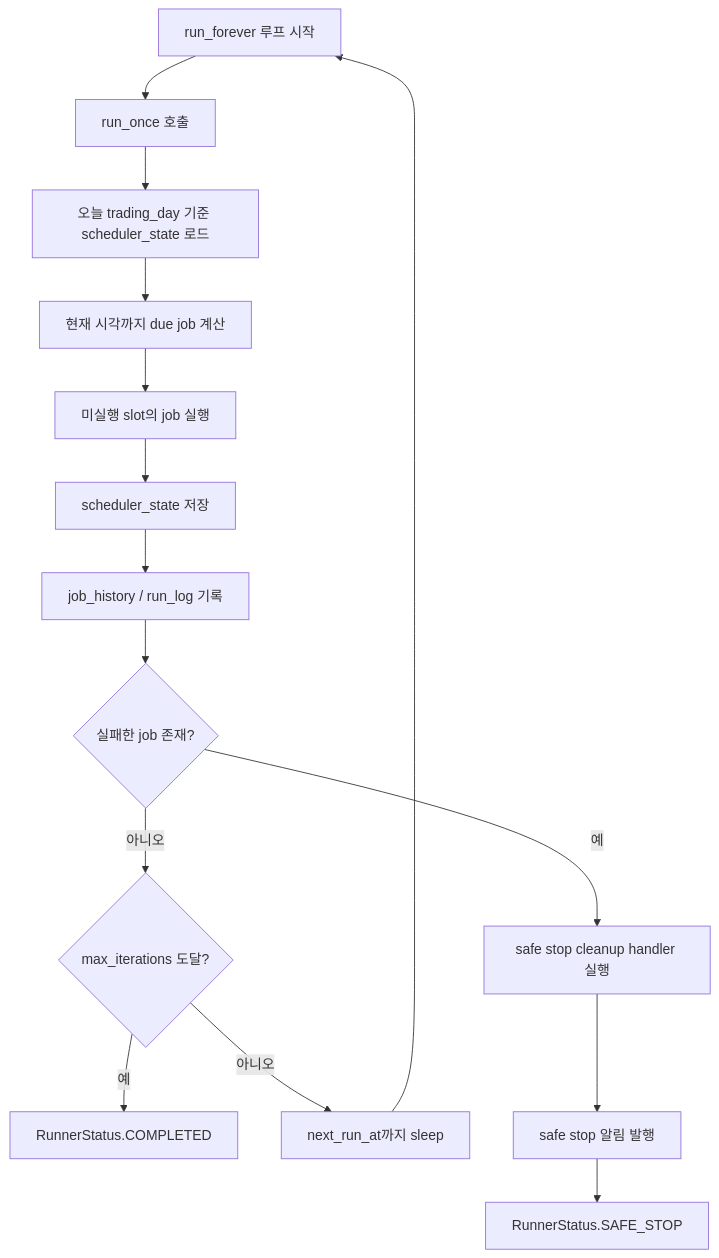
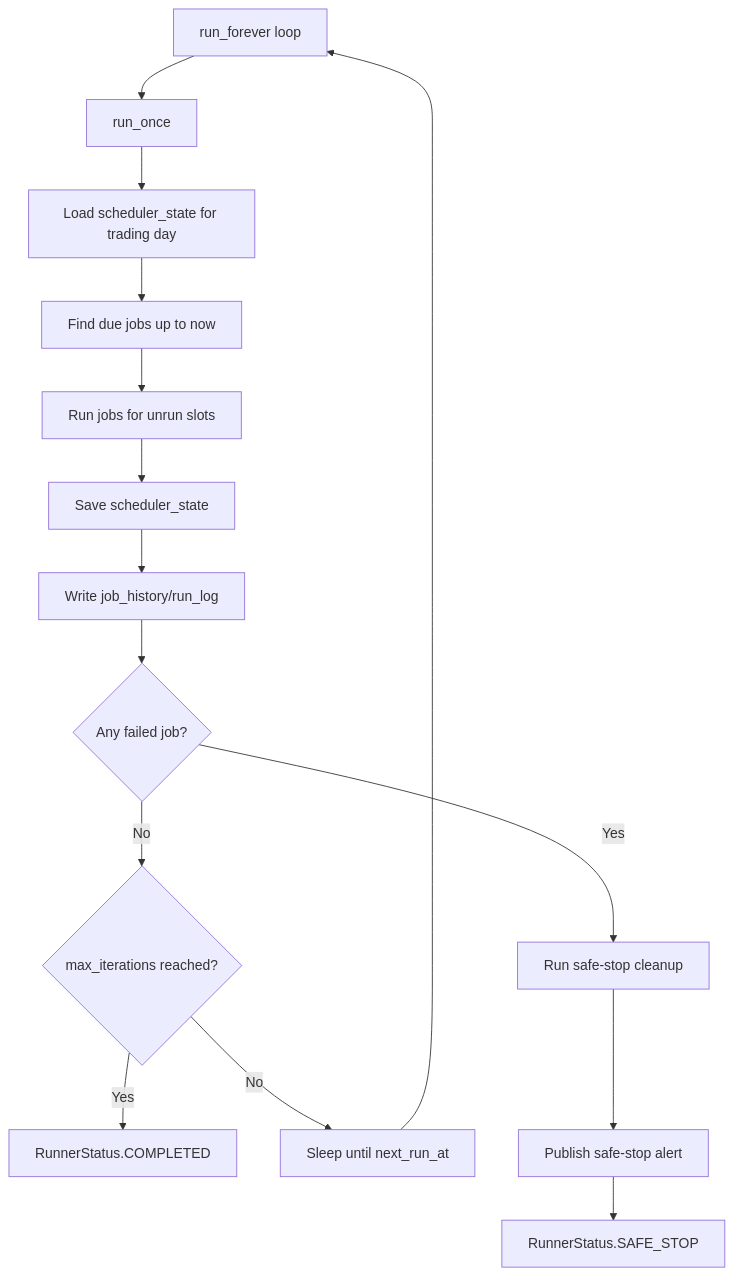
The second of 7 diagrams in docs/cli_run_continuous_flow.md (MQ813/AutoTrade), drawn with Mermaid before and after one commit. The commit also changed other lines of this file and 17 other files, not shown here.

````diff
--- a/docs/cli_run_continuous_flow.md
+++ b/docs/cli_run_continuous_flow.md
@@ -33,17 +32,16 @@
 ```mermaid
 flowchart TD
-    A[run_forever 루프 시작] --> B[run_once 호출]
-    B --> C[오늘 trading_day 기준 scheduler_state 로드]
-    C --> D[현재 시각까지 due job 계산]
-    D --> E[미실행 slot의 job 실행]
-    E --> F[scheduler_state 저장]
-    F --> G[job_history / run_log 기록]
-    G --> H{실패한 job 존재?}
-    H -->|아니오| I{max_iterations 도달?}
-    I -->|예| J[RunnerStatus.COMPLETED]
-    I -->|아니오| K[next_run_at까지 sleep]
-    K --> A
-    H -->|예| L[safe stop cleanup handler 실행]
-    L --> M[safe stop 알림 발행]
+    A[run_forever loop] --> B[run_once]
+    B --> C[Load scheduler_state for trading day]
+    C --> D[Find due jobs up to now]
+    D --> E[Run jobs for unrun slots]
+    E --> F[Save scheduler_state]
+    F --> G[Write job_history/run_log]
+    G --> H{Any failed job?}
+    H -->|No| I{max_iterations reached?}
+    I -->|Yes| J[RunnerStatus.COMPLETED]
+    I -->|No| K[Sleep until next_run_at] --> A
+    H -->|Yes| L[Run safe-stop cleanup]
+    L --> M[Publish safe-stop alert]
     M --> N[RunnerStatus.SAFE_STOP]
 ```
````
